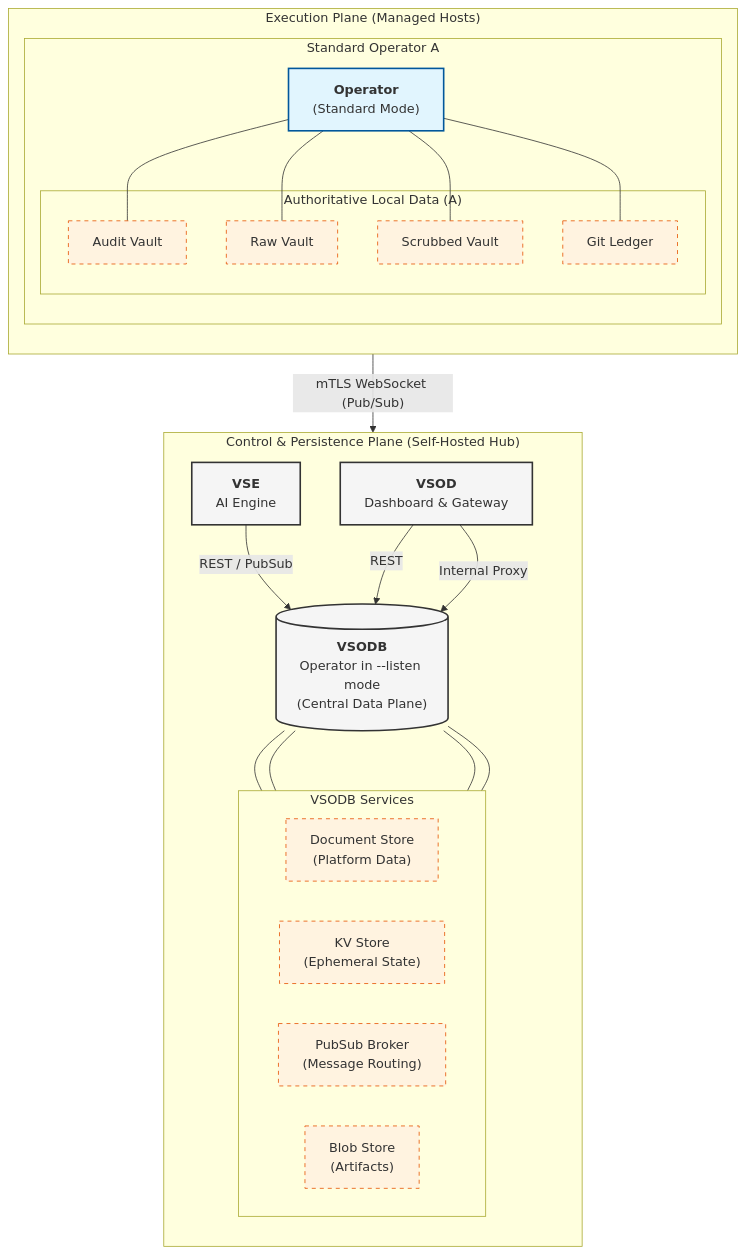
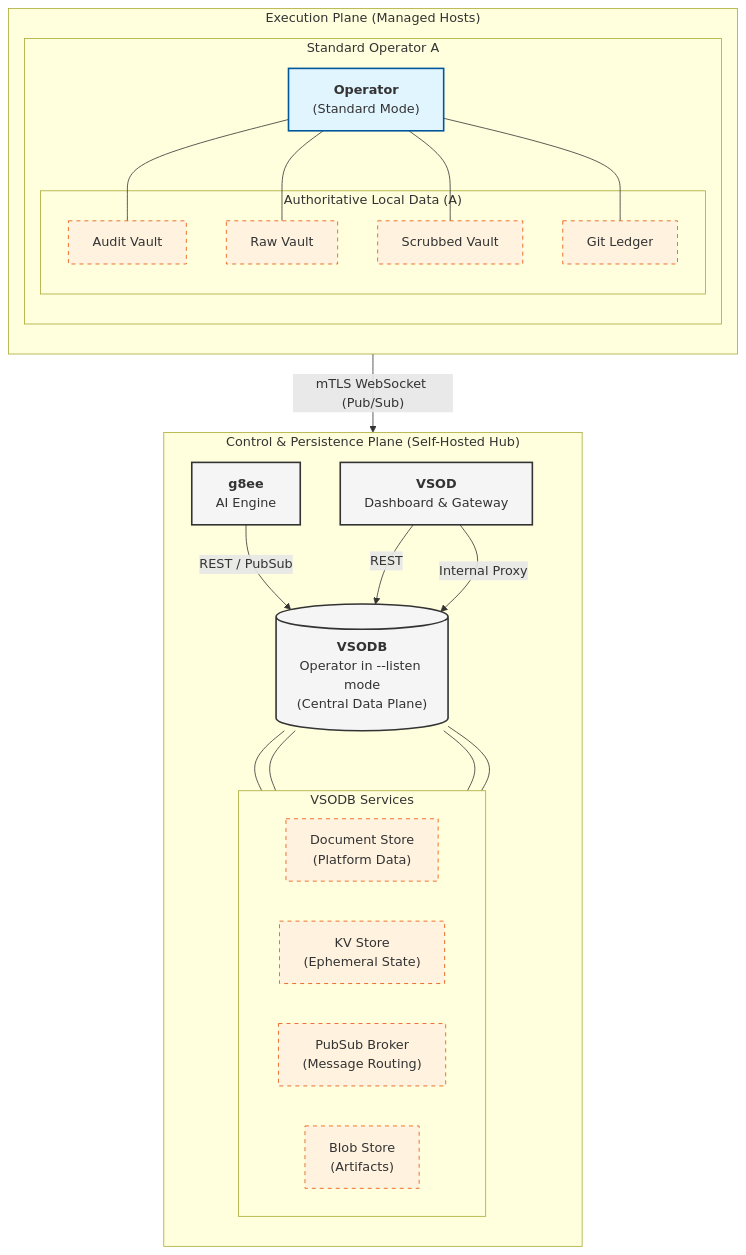
One commit to g8e-ai/g8e changed the third of 3 diagrams in README.md. Above: the diagram before and after it, drawn with Mermaid. The commit also changed other lines of this file and 646 other files, not shown here.

````diff
--- a/README.md
+++ b/README.md
@@ -148,55 +148,55 @@
 ```mermaid
 graph TD
     subgraph "Control & Persistence Plane (Self-Hosted Hub)"
         direction TB
         VSODB[("<b>VSODB</b><br/>Operator in --listen mode<br/>(Central Data Plane)")]
         
         subgraph "VSODB Services"
             direction LR
             DS["Document Store<br/>(Platform Data)"]
             KS["KV Store<br/>(Ephemeral State)"]
             PS["PubSub Broker<br/>(Message Routing)"]
             BS["Blob Store<br/>(Artifacts)"]
         end
         VSODB --- DS
         VSODB --- KS
         VSODB --- PS
         VSODB --- BS
         
-        VSE["<b>VSE</b><br/>AI Engine"]
+        g8ee["<b>g8ee</b><br/>AI Engine"]
         VSOD["<b>VSOD</b><br/>Dashboard & Gateway"]
         
-        VSE -- "REST / PubSub" --> VSODB
+        g8ee -- "REST / PubSub" --> VSODB
         VSOD -- "REST" --> VSODB
     end
 
     subgraph "Execution Plane (Managed Hosts)"
         direction TB
         subgraph "Standard Operator A"
             OPA["<b>Operator</b><br/>(Standard Mode)"]
             subgraph "Authoritative Local Data (A)"
                 AVA["Audit Vault"]
                 RVA["Raw Vault"]
                 SVA["Scrubbed Vault"]
                 LGA["Git Ledger"]
             end
             OPA --- AVA
             OPA --- RVA
             OPA --- SVA
             OPA --- LGA
         end
     end
 
     %% Data Paths
     OPA -- "mTLS WebSocket (Pub/Sub)" --> VSOD
     VSOD -- "Internal Proxy" --> VSODB
     
     %% Annotations
     classDef hub fill:#f5f5f5,stroke:#333,stroke-width:2px;
     classDef operator fill:#e1f5fe,stroke:#01579b,stroke-width:2px;
     classDef storage fill:#fff3e0,stroke:#e65100,stroke-dasharray: 5 5;
     
-    class VSODB,VSE,VSOD hub;
+    class VSODB,g8ee,VSOD hub;
     class OPA operator;
     class DS,KS,PS,BS,AVA,RVA,SVA,LGA storage;
 ```
````
